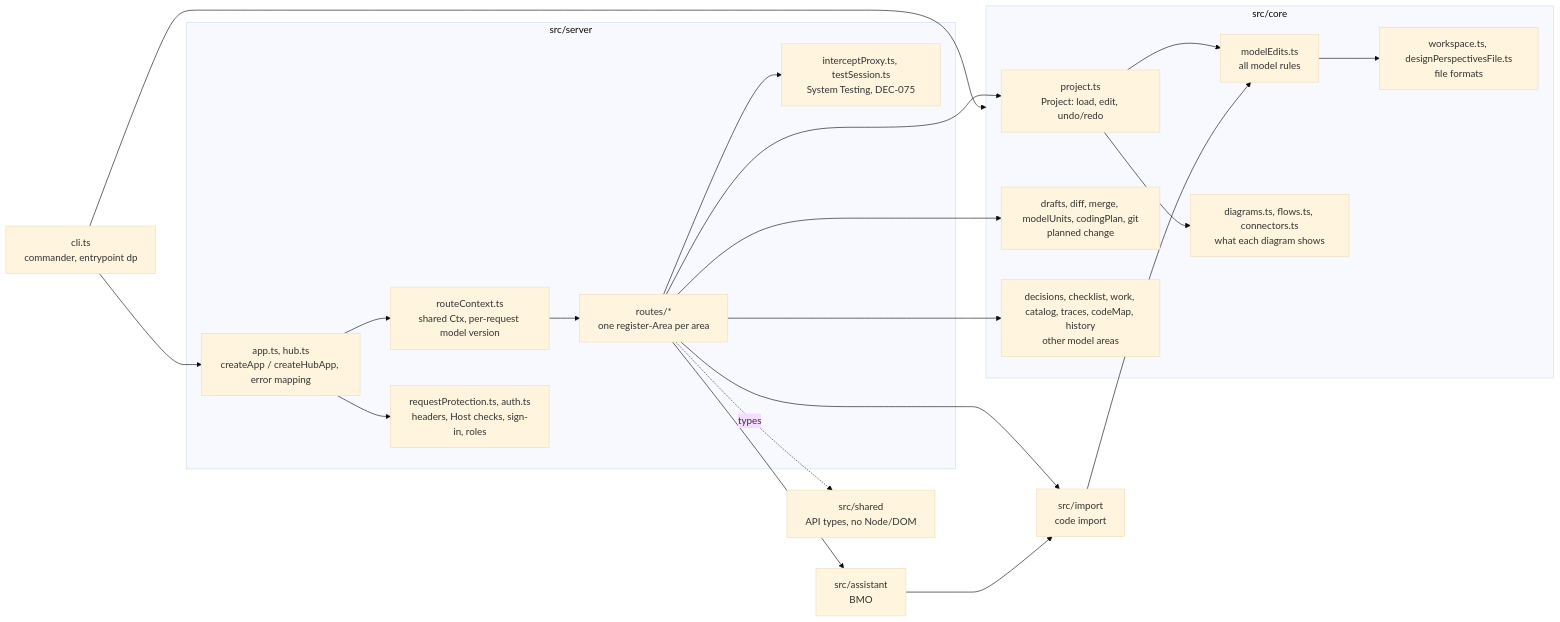
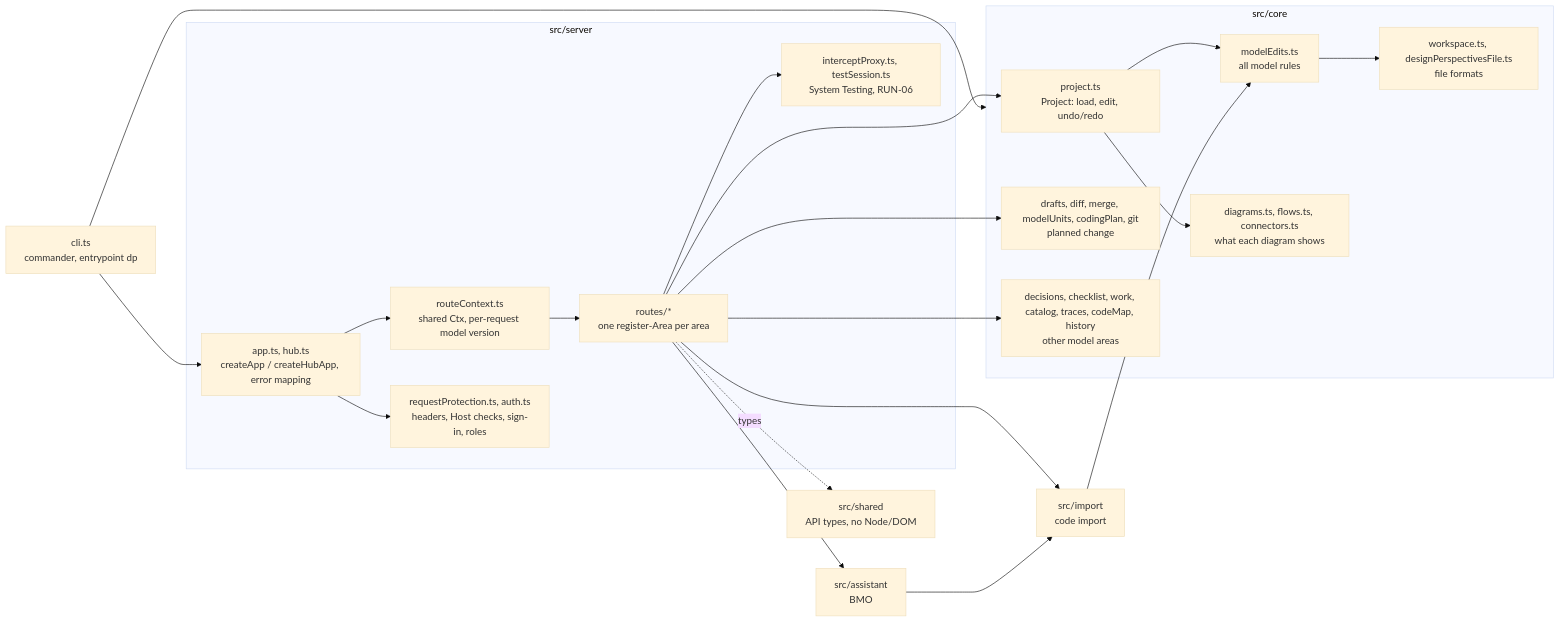
The third of 4 diagrams in docs/architecture.md (AbhishekR3/designPerspectives), drawn with Mermaid (base theme) before and after one commit. The commit also changed other lines of this file and 172 other files, not shown here.

````diff
--- a/docs/architecture.md
+++ b/docs/architecture.md
@@ -88,36 +88,36 @@
 ```mermaid
 flowchart LR
   cli["cli.ts<br/>commander, entrypoint dp"]
   subgraph server["src/server"]
     app["app.ts, hub.ts<br/>createApp / createHubApp, error mapping"]
     ctx["routeContext.ts<br/>shared Ctx, per-request model version"]
     routes["routes/*<br/>one register-Area per area"]
     prot["requestProtection.ts, auth.ts<br/>headers, Host checks, sign-in, roles"]
-    test["interceptProxy.ts, testSession.ts<br/>System Testing, DEC-075"]
+    test["interceptProxy.ts, testSession.ts<br/>System Testing, RUN-06"]
   end
   subgraph core["src/core"]
     proj["project.ts<br/>Project: load, edit, undo/redo"]
     edits["modelEdits.ts<br/>all model rules"]
     ws["workspace.ts, designPerspectivesFile.ts<br/>file formats"]
     dg["diagrams.ts, flows.ts, connectors.ts<br/>what each diagram shows"]
     dr["drafts, diff, merge, modelUnits, codingPlan, git<br/>planned change"]
     misc["decisions, checklist, work, catalog, traces, codeMap, history<br/>other model areas"]
   end
   imp["src/import<br/>code import"]
   bmo["src/assistant<br/>BMO"]
   shared["src/shared<br/>API types, no Node/DOM"]
   cli --> app
   cli --> core
   app --> ctx --> routes --> proj
   app --> prot
   routes --> test
   routes --> imp
   routes --> bmo
   proj --> edits --> ws
   proj --> dg
   routes --> dr
   routes --> misc
   imp --> edits
   bmo --> imp
   routes -. types .-> shared
 ```
````
